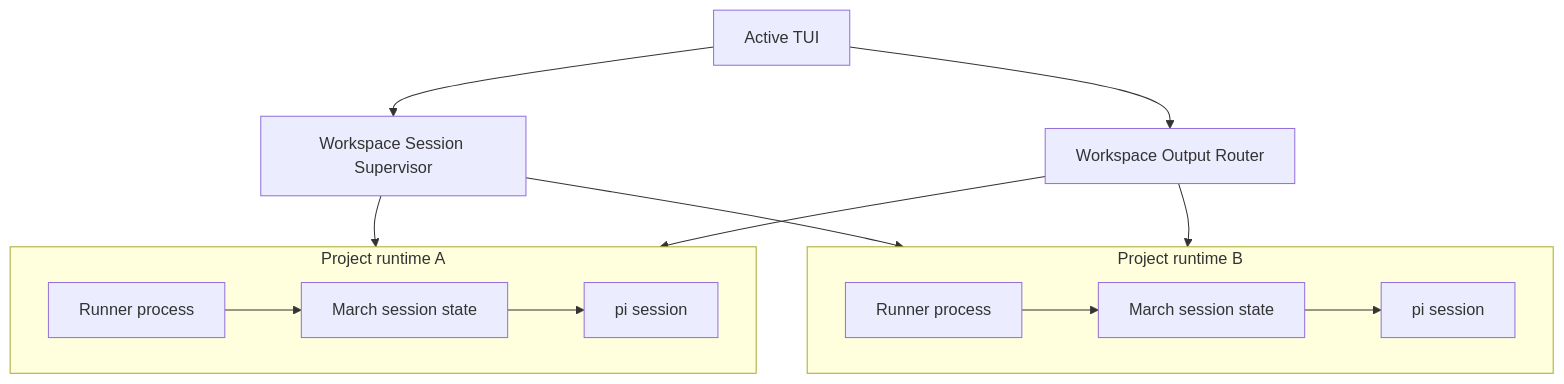
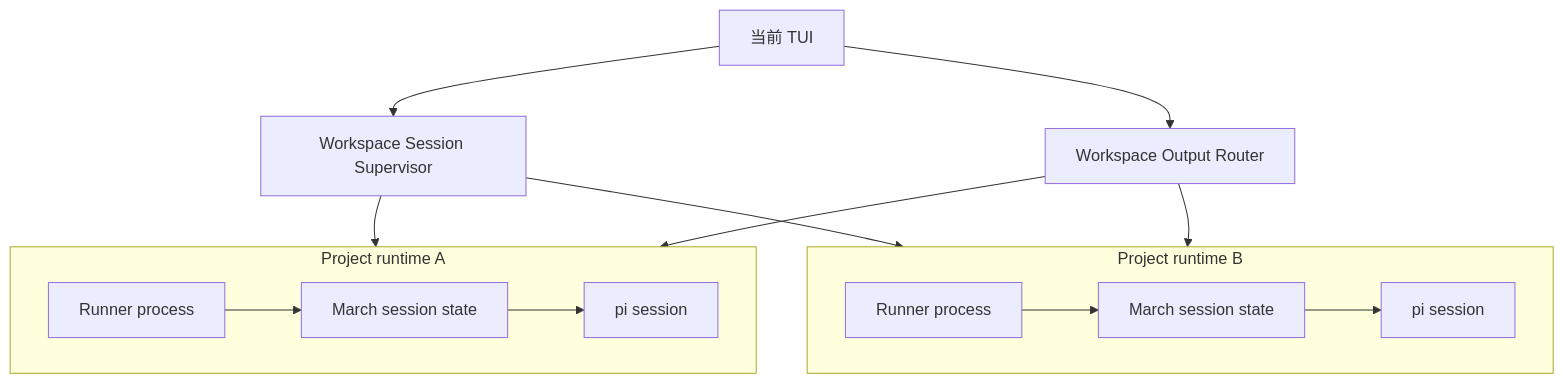
The fifth of 7 diagrams in docs/architecture-boundaries.md (liuzhengdongfortest/march-cli), drawn with Mermaid before and after one commit. The commit also changed other lines of this file, not shown here.

Commit message:
docs: localize architecture boundaries

````diff
--- a/docs/architecture-boundaries.md
+++ b/docs/architecture-boundaries.md
@@ -110,15 +110,15 @@
 ```mermaid
 flowchart TB
-  TUI[Active TUI] --> Router[Workspace Output Router]
+  TUI[当前 TUI] --> Router[Workspace Output Router]
   TUI --> Supervisor[Workspace Session Supervisor]
   subgraph ProjectA[Project runtime A]
     RunnerA[Runner process] --> SessionA[March session state] --> PiA[pi session]
   end
   subgraph ProjectB[Project runtime B]
     RunnerB[Runner process] --> SessionB[March session state] --> PiB[pi session]
   end
   Supervisor --> ProjectA
   Supervisor --> ProjectB
   Router --> ProjectA
   Router --> ProjectB
 ```
````
